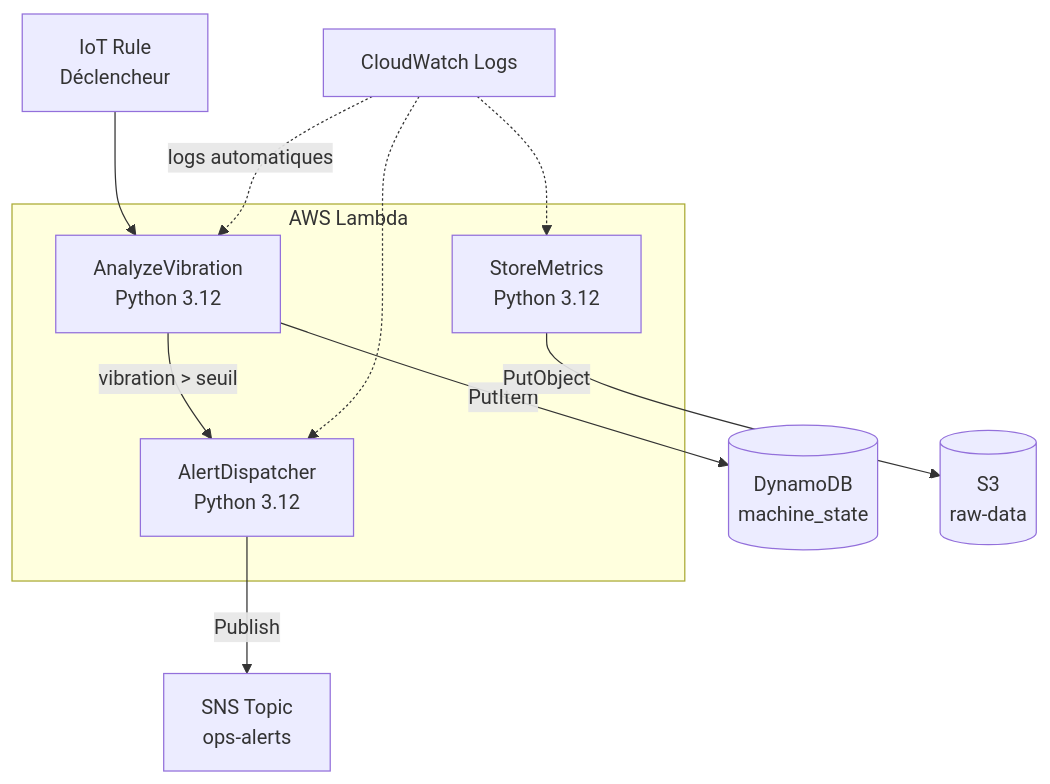
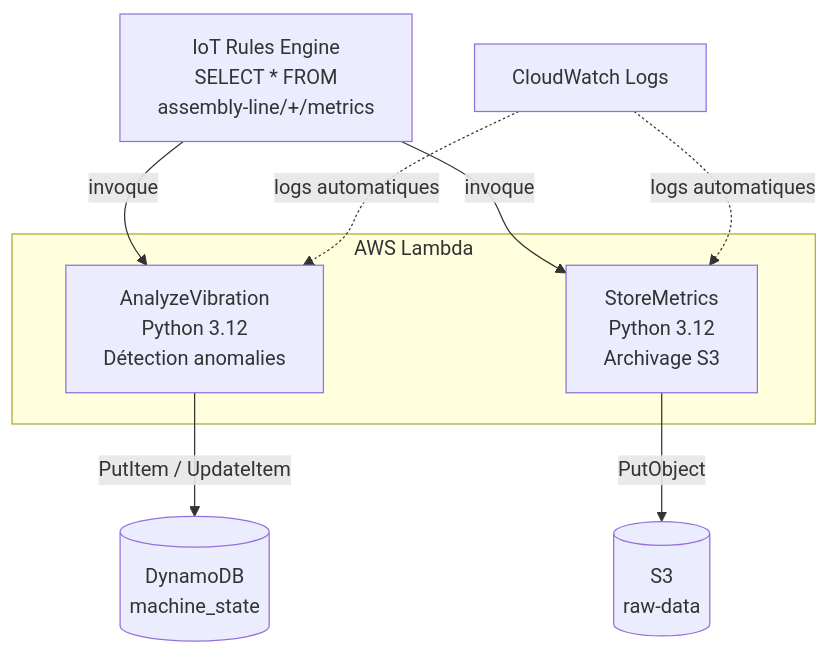
One commit to lansanconde/smart-assembly-line changed the third of 8 diagrams in docs/architecture/components.md. Above: the diagram before and after it, drawn with Mermaid. The commit also changed other lines of this file and 24 other files, not shown here.

Commit message:
feat(lambda): add AnalyzeVibration + StoreMetrics — end-to-end pipeline validated

````diff
--- a/docs/architecture/components.md
+++ b/docs/architecture/components.md
@@ -60,19 +168,24 @@
 ```mermaid
 flowchart TD
-    TRIGGER[IoT Rule\nDéclencheur] --> L1
+    RULE[IoT Rules Engine
+SELECT * FROM
+assembly-line/+/metrics] -->|invoque| L1
+    RULE -->|invoque| L2
 
     subgraph LAMBDA["AWS Lambda"]
-        L1[AnalyzeVibration\nPython 3.12]
-        L2[StoreMetrics\nPython 3.12]
-        L3[AlertDispatcher\nPython 3.12]
+        L1[AnalyzeVibration
+Python 3.12
+Détection anomalies]
+        L2[StoreMetrics
+Python 3.12
+Archivage S3]
     end
 
-    L1 -->|vibration > seuil| L3
-    L1 -->|PutItem| DDB[(DynamoDB\nmachine_state)]
-    L2 -->|PutObject| S3[(S3\nraw-data)]
-    L3 -->|Publish| SNS[SNS Topic\nops-alerts]
+    L1 -->|PutItem / UpdateItem| DDB[(DynamoDB
+machine_state)]
+    L2 -->|PutObject| S3[(S3
+raw-data)]
 
     CW[CloudWatch Logs] -.->|logs automatiques| L1
-    CW -.-> L2
-    CW -.-> L3
+    CW -.->|logs automatiques| L2
 ```
````
